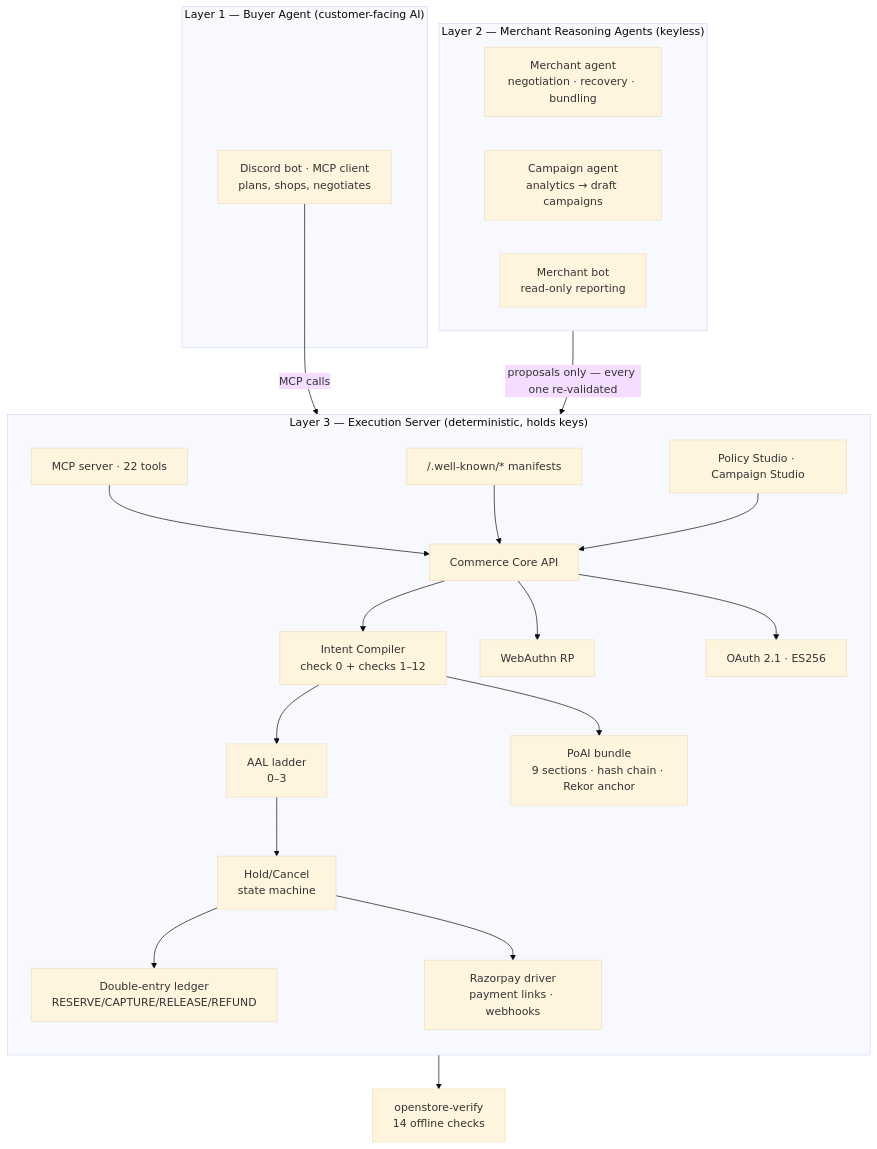
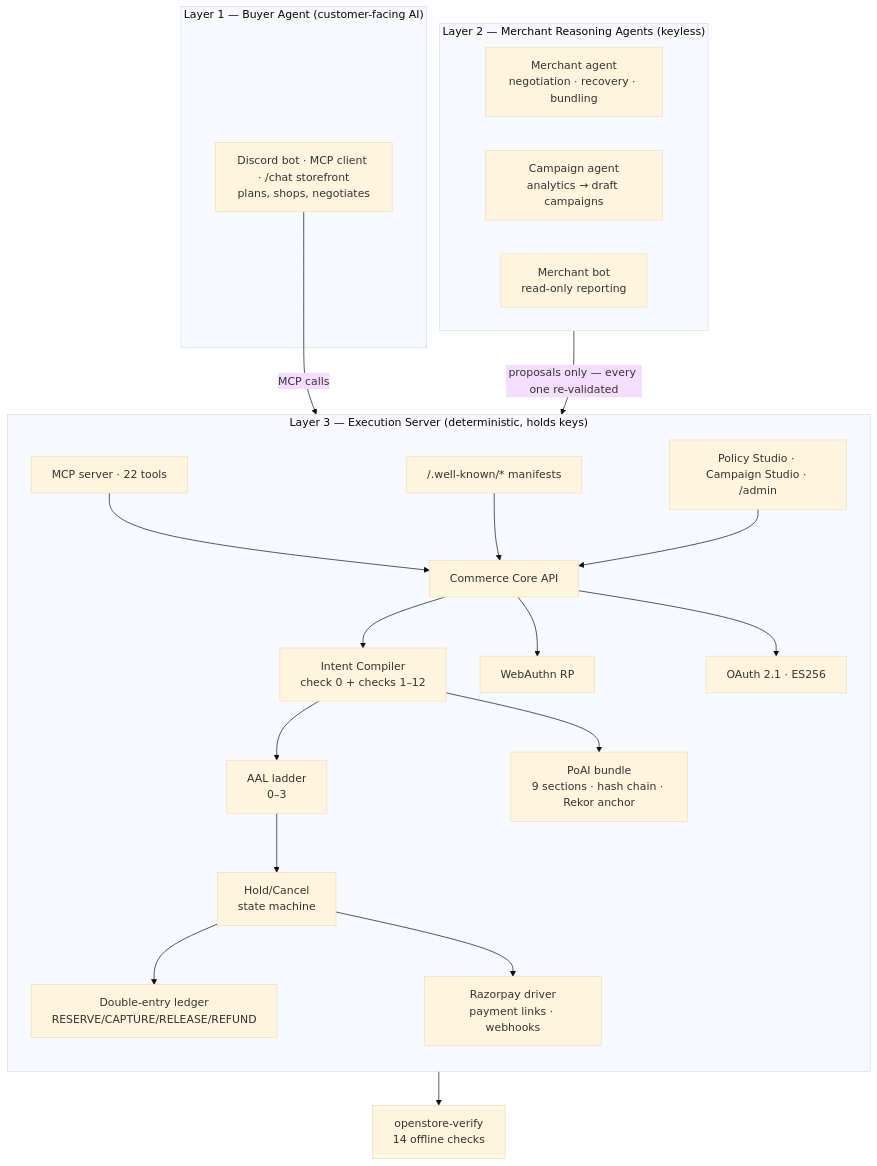
The first of 2 diagrams in README.md (ApxllxCartxr/OpenStore), drawn with Mermaid (base theme) before and after one commit. The commit also changed other lines of this file and 2 other files, not shown here.

````diff
--- a/README.md
+++ b/README.md
@@ -156,31 +94,31 @@
 ```mermaid
 flowchart TB
     subgraph L1["Layer 1 — Buyer Agent (customer-facing AI)"]
-        Buyer["Discord bot · MCP client<br/>plans, shops, negotiates"]
+        Buyer["Discord bot · MCP client · /chat storefront<br/>plans, shops, negotiates"]
     end
 
     subgraph L2["Layer 2 — Merchant Reasoning Agents (keyless)"]
         Merchant["Merchant agent<br/>negotiation · recovery · bundling"]
         Campaign["Campaign agent<br/>analytics → draft campaigns"]
         Bot["Merchant bot<br/>read-only reporting"]
     end
 
     subgraph L3["Layer 3 — Execution Server (deterministic, holds keys)"]
         direction TB
         MCP["MCP server · 22 tools"] --> API["Commerce Core API"]
         WK["/.well-known/* manifests"] --> API
-        Studio["Policy Studio · Campaign Studio"] --> API
+        Studio["Policy Studio · Campaign Studio · /admin"] --> API
         API --> Compiler["Intent Compiler<br/>check 0 + checks 1–12"]
         Compiler --> AAL["AAL ladder<br/>0–3"]
         AAL --> Hold["Hold/Cancel<br/>state machine"]
         Hold --> Ledger["Double-entry ledger<br/>RESERVE/CAPTURE/RELEASE/REFUND"]
         Hold --> RZ["Razorpay driver<br/>payment links · webhooks"]
         Compiler --> POAI["PoAI bundle<br/>9 sections · hash chain · Rekor anchor"]
         API --> WA["WebAuthn RP"]
         API --> OAuth["OAuth 2.1 · ES256"]
     end
 
     Buyer -->|"MCP calls"| MCP
     L2 -->|"proposals only — every one re-validated"| API
     POAI --> Verify["openstore-verify<br/>14 offline checks"]
 ```
````
